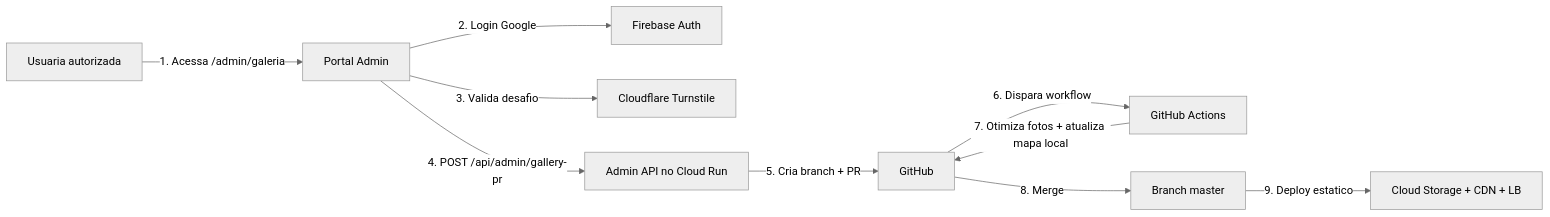
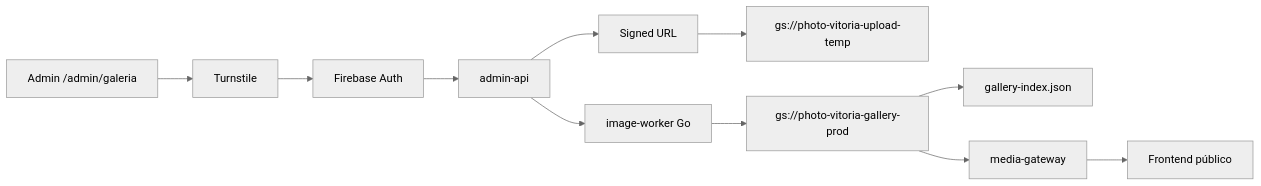
Before and after one commit to elton-peixoto-lu/photo-vitoria: the first of 2 diagrams in docs/ARQUITETURA.md, drawn with Mermaid (neutral theme). The commit also changed other lines of this file and 2 other files, not shown here.

Commit message:
docs: rewrite architecture and admin upload docs

````diff
--- a/docs/ARQUITETURA.md
+++ b/docs/ARQUITETURA.md
@@ -18,12 +18,13 @@
 ```mermaid
 flowchart LR
-  U[Usuaria autorizada] -->|1. Acessa /admin/galeria| A[Portal Admin]
-  A -->|2. Login Google| F[Firebase Auth]
-  A -->|3. Valida desafio| T[Cloudflare Turnstile]
-  A -->|4. POST /api/admin/gallery-pr| CR[Admin API no Cloud Run]
-  CR -->|5. Cria branch + PR| GH[GitHub]
-  GH -->|6. Dispara workflow| GA[GitHub Actions]
-  GA -->|7. Otimiza fotos + atualiza mapa local| GH
-  GH -->|8. Merge| PROD[Branch master]
-  PROD -->|9. Deploy estatico| GCP[Cloud Storage + CDN + LB]
+  A[Admin /admin/galeria] --> T[Turnstile]
+  T --> F[Firebase Auth]
+  F --> API[admin-api]
+  API --> SU[Signed URL]
+  SU --> TEMP[gs://photo-vitoria-upload-temp]
+  API --> W[image-worker Go]
+  W --> FINAL[gs://photo-vitoria-gallery-prod]
+  FINAL --> IDX[gallery-index.json]
+  FINAL --> MG[media-gateway]
+  MG --> SITE[Frontend público]
 ```
````
